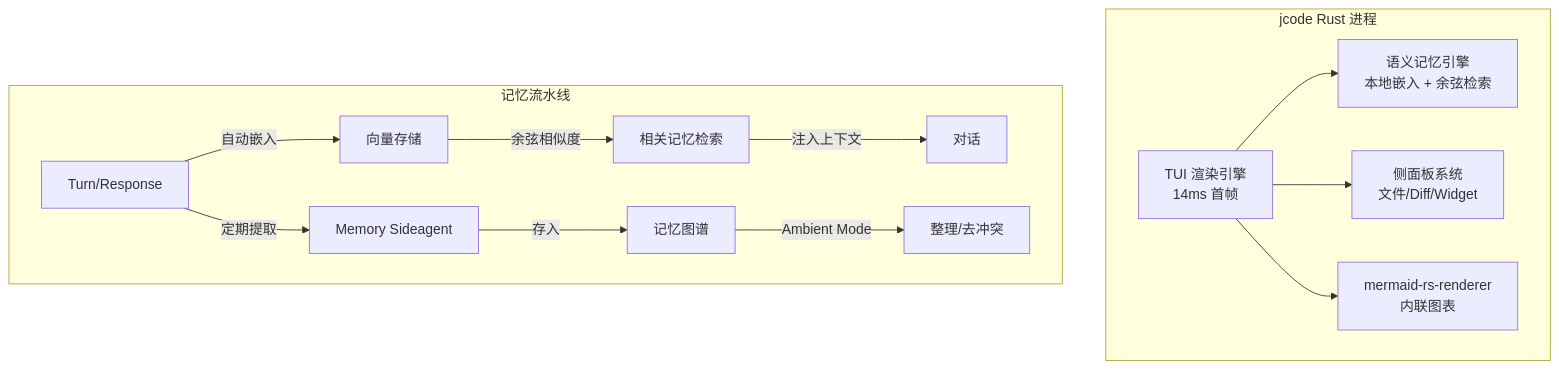
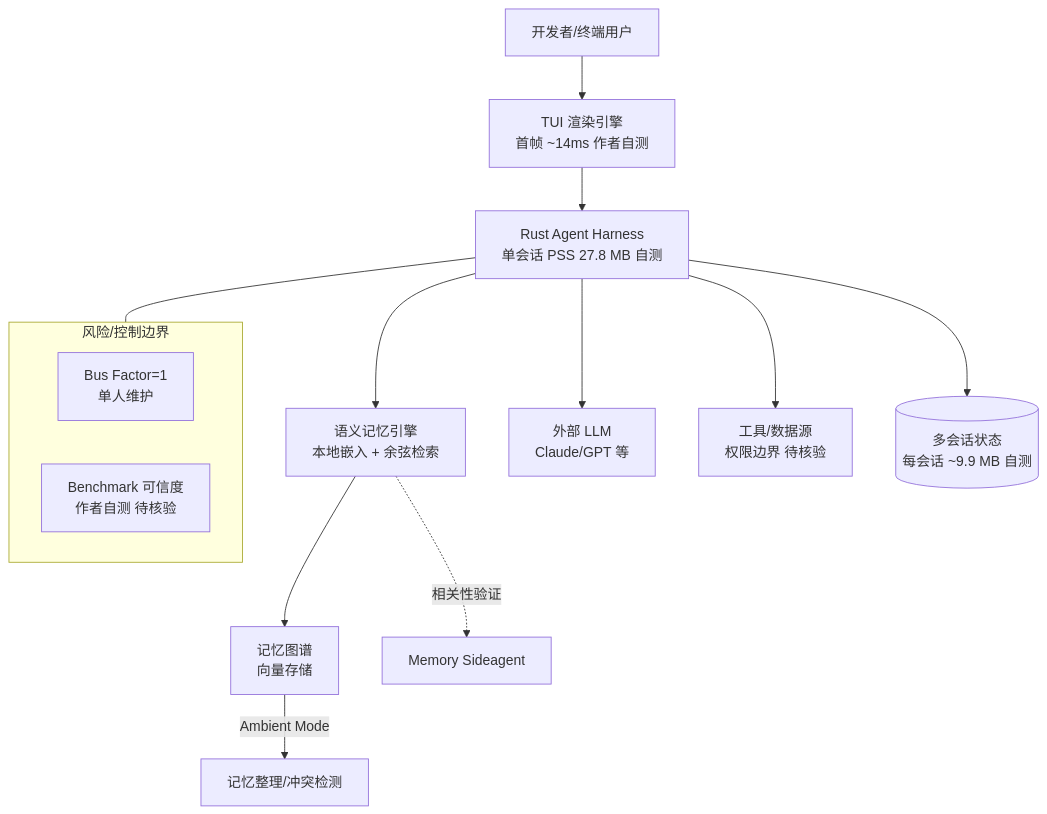
Before and after one commit to aiutil/github-researcher: the diagram in projects/jcode.md, drawn with Mermaid. The commit also changed other lines of this file and 939 other files, not shown here.

Commit message:
feat: add architect briefs and Mermaid project maps

````diff
--- a/projects/jcode.md
+++ b/projects/jcode.md
@@ -43,22 +56,17 @@
 ```mermaid
 flowchart TB
-    subgraph "jcode Rust 进程"
-        UI[TUI 渲染引擎<br/>14ms 首帧]
-        MEM[语义记忆引擎<br/>本地嵌入 + 余弦检索]
-        SIDE[侧面板系统<br/>文件/Diff/Widget]
-        MERM[mermaid-rs-renderer<br/>内联图表]
+    USER[开发者/终端用户] --> TUI[TUI 渲染引擎<br/>首帧 ~14ms 作者自测]
+    TUI --> HARNESS[Rust Agent Harness<br/>单会话 PSS 27.8 MB 自测]
+    HARNESS --> MEM[语义记忆引擎<br/>本地嵌入 + 余弦检索]
+    HARNESS --> EXTLLM[外部 LLM<br/>Claude/GPT 等]
+    HARNESS --> TOOLS[工具/数据源<br/>权限边界 待核验]
+    MEM --> MG[记忆图谱<br/>向量存储]
+    MG -->|Ambient Mode| CON[记忆整理/冲突检测]
+    MEM -.相关性验证.-> SIDE[Memory Sideagent]
+    HARNESS --> SESSION[(多会话状态<br/>每会话 ~9.9 MB 自测)]
+    subgraph RISK[风险/控制边界]
+        BUS[Bus Factor=1<br/>单人维护]
+        BENCH[Benchmark 可信度<br/>作者自测 待核验]
     end
-
-    subgraph "记忆流水线"
-        T1[Turn/Response] -->|自动嵌入| VEC[向量存储]
-        VEC -->|余弦相似度| RET[相关记忆检索]
-        RET -->|注入上下文| CTX[对话]
-        T1 -->|定期提取| EXT[Memory Sideagent]
-        EXT -->|存入| MG[记忆图谱]
-        MG -->|Ambient Mode| CON[整理/去冲突]
-    end
-
-    UI --> MEM
-    UI --> SIDE
-    UI --> MERM
+    HARNESS --- RISK
 ```
````
